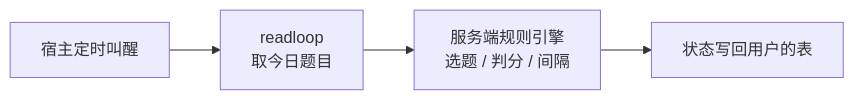
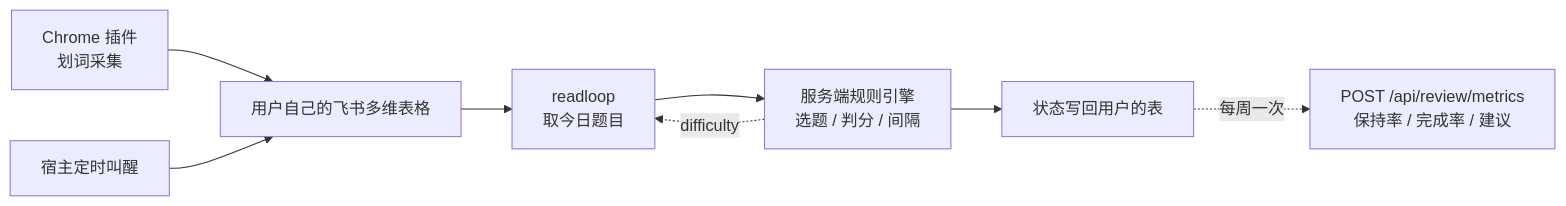
One commit to LyraWang6688/ai-capability-store changed the diagram in orchestrations/readloop/readloop-daily-self-api/flow.md. Above: the diagram before and after it, drawn with Mermaid. The commit also changed 7 other files, not shown here.

````diff
--- a/orchestrations/readloop/readloop-daily-self-api/flow.md
+++ b/orchestrations/readloop/readloop-daily-self-api/flow.md
@@ -3,6 +3,10 @@
 ```mermaid
 flowchart LR
-  A["宿主定时叫醒"] --> B["readloop<br/>取今日题目"]
+  P["Chrome 插件<br/>划词采集"] --> T["用户自己的飞书多维表格"]
+  H["宿主定时叫醒"] --> T
+  T --> B["readloop<br/>取今日题目"]
   B --> C["服务端规则引擎<br/>选题 / 判分 / 间隔"]
   C --> D["状态写回用户的表"]
+  D -. 每周一次 .-> M["POST /api/review/metrics<br/>保持率 / 完成率 / 建议"]
+  C -. difficulty .-> B
 ```
````
